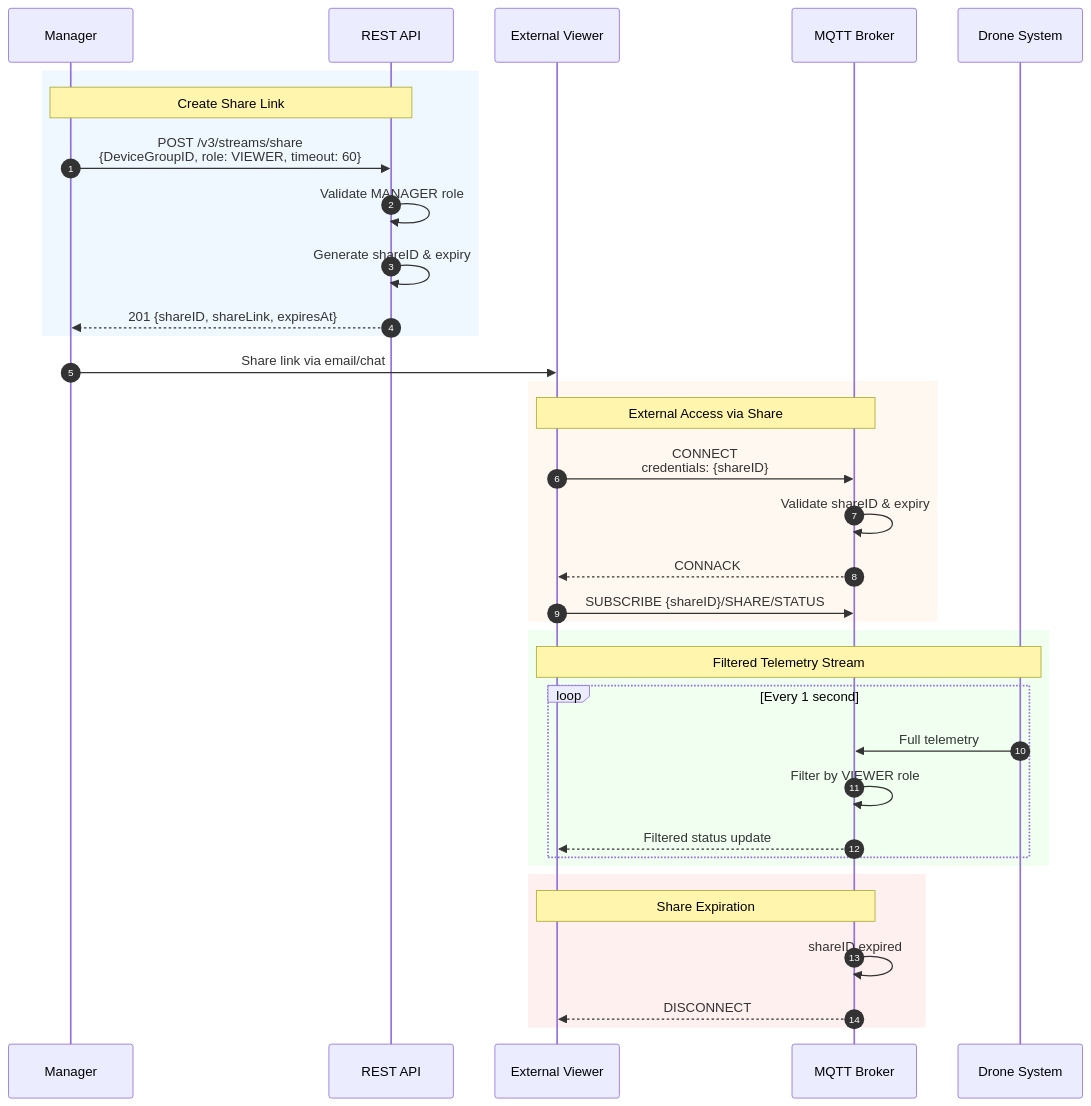
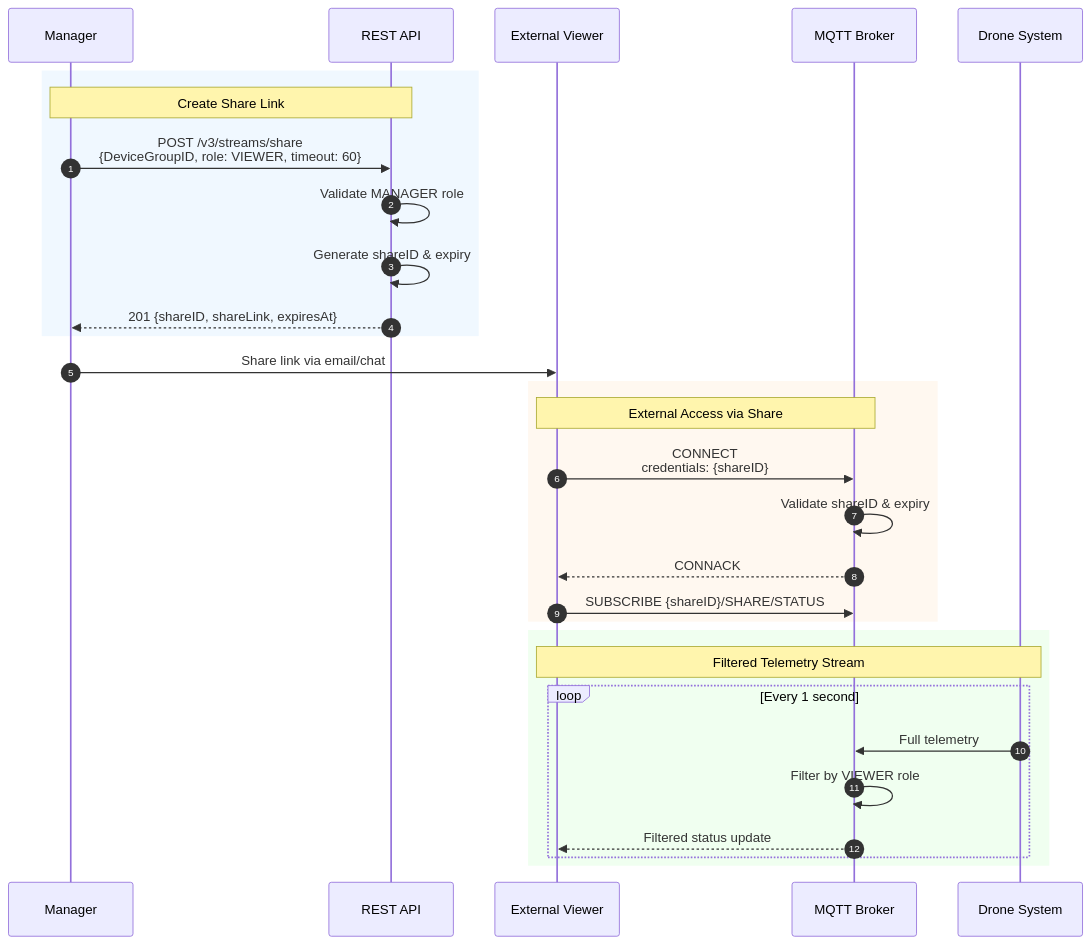
One commit to Idroneimages-LTD/IDI-DOCUMENTATION changed the third of 6 diagrams in index.md. Above: the diagram before and after it, drawn with Mermaid. The commit also changed other lines of this file and 2 other files, not shown here.

````diff
--- a/index.md
+++ b/index.md
@@ -132,42 +96,36 @@
 ```mermaid
 sequenceDiagram
     autonumber
     participant Manager
     participant REST API
     participant External Viewer
     participant MQTT Broker
     participant Drone System
 
     rect rgb(240, 248, 255)
         Note over Manager,REST API: Create Share Link
         Manager->>REST API: POST /v3/streams/share<br/>{DeviceGroupID, role: VIEWER, timeout: 60}
         REST API->>REST API: Validate MANAGER role
         REST API->>REST API: Generate shareID & expiry
         REST API-->>Manager: 201 {shareID, shareLink, expiresAt}
     end
 
     Manager->>External Viewer: Share link via email/chat
 
     rect rgb(255, 248, 240)
         Note over External Viewer,MQTT Broker: External Access via Share
         External Viewer->>MQTT Broker: CONNECT<br/>credentials: {shareID}
         MQTT Broker->>MQTT Broker: Validate shareID & expiry
         MQTT Broker-->>External Viewer: CONNACK
         External Viewer->>MQTT Broker: SUBSCRIBE {shareID}/SHARE/STATUS
     end
 
     rect rgb(240, 255, 240)
         Note over Drone System,External Viewer: Filtered Telemetry Stream
         loop Every 1 second
             Drone System->>MQTT Broker: Full telemetry
             MQTT Broker->>MQTT Broker: Filter by VIEWER role
             MQTT Broker-->>External Viewer: Filtered status update
         end
     end
-
-    rect rgb(255, 240, 240)
-        Note over MQTT Broker,External Viewer: Share Expiration
-        MQTT Broker->>MQTT Broker: shareID expired
-        MQTT Broker-->>External Viewer: DISCONNECT
-    end
 ```
````
